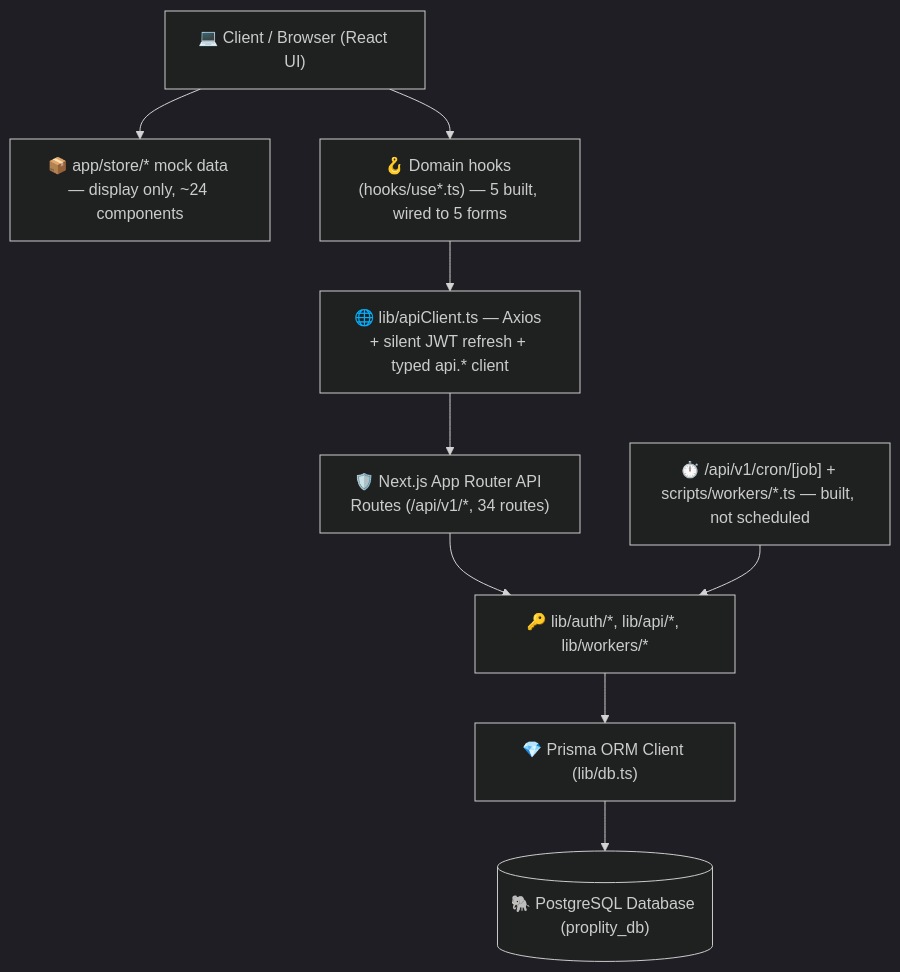
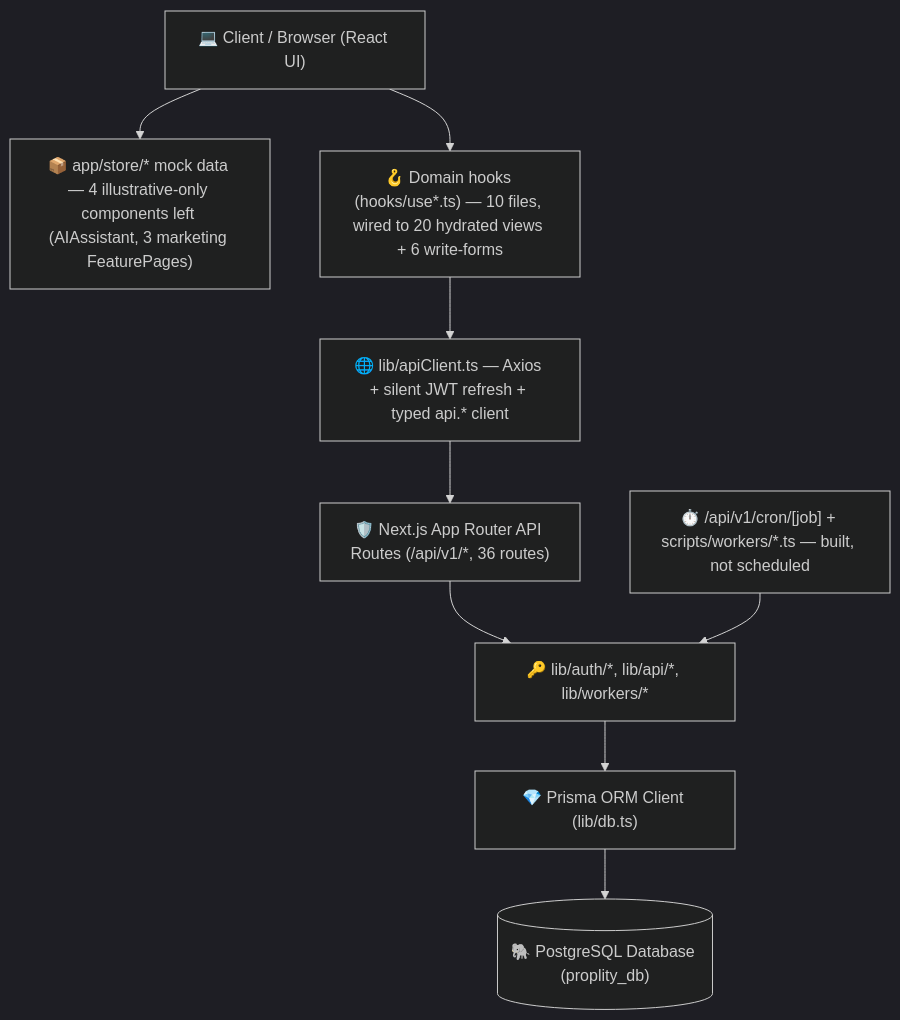
Before and after one commit to Proplity/proplity: the diagram in PROJECT_STRUCTURE.md, drawn with Mermaid (dark theme). The commit also changed other lines of this file and 2 other files, not shown here.

````diff
--- a/PROJECT_STRUCTURE.md
+++ b/PROJECT_STRUCTURE.md
@@ -11,21 +11,21 @@
 ```mermaid
 graph TD
     Client["💻 Client / Browser (React UI)"]
-    Store["📦 app/store/* mock data — display only, ~24 components"]
-    Hooks["🪝 Domain hooks (hooks/use*.ts) — 5 built, wired to 5 forms"]
+    Store["📦 app/store/* mock data — 4 illustrative-only components left (AIAssistant, 3 marketing FeaturePages)"]
+    Hooks["🪝 Domain hooks (hooks/use*.ts) — 10 files, wired to 20 hydrated views + 6 write-forms"]
     ApiClient["🌐 lib/apiClient.ts — Axios + silent JWT refresh + typed api.* client"]
-    NextApi["🛡️ Next.js App Router API Routes (/api/v1/*, 34 routes)"]
+    NextApi["🛡️ Next.js App Router API Routes (/api/v1/*, 36 routes)"]
     LibCore["🔑 lib/auth/*, lib/api/*, lib/workers/*"]
     PrismaClient["💎 Prisma ORM Client (lib/db.ts)"]
     Postgres[("🐘 PostgreSQL Database (proplity_db)")]
     Cron["⏱️ /api/v1/cron/[job] + scripts/workers/*.ts — built, not scheduled"]
 
     Client --> Store
     Client --> Hooks
     Hooks --> ApiClient
     ApiClient --> NextApi
     NextApi --> LibCore
     LibCore --> PrismaClient
     Cron --> LibCore
     PrismaClient --> Postgres
 ```
````
